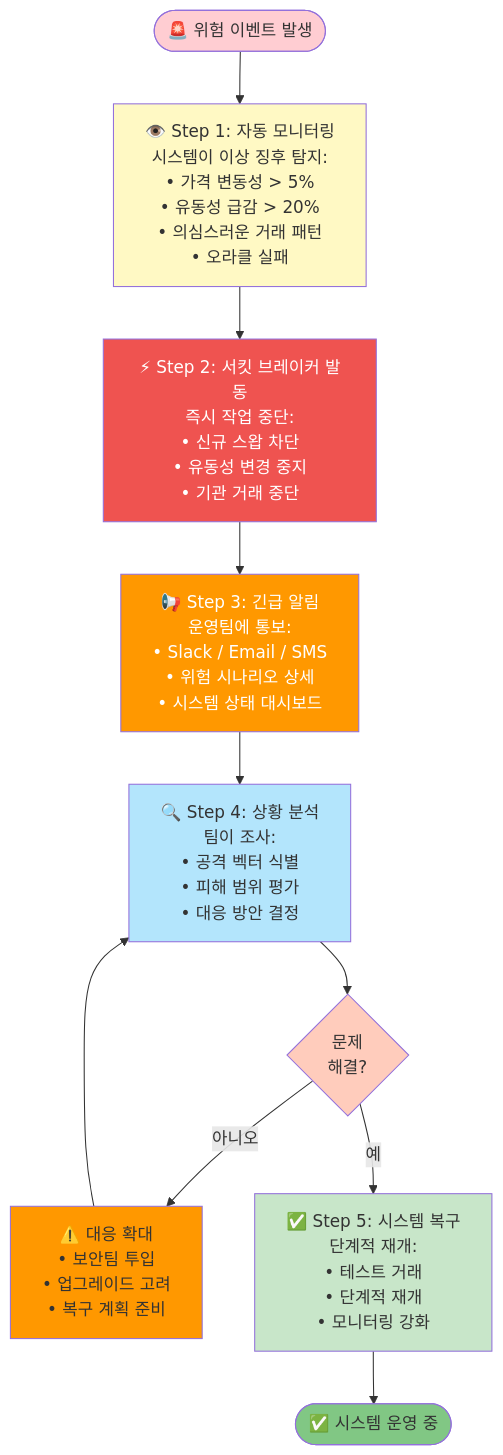
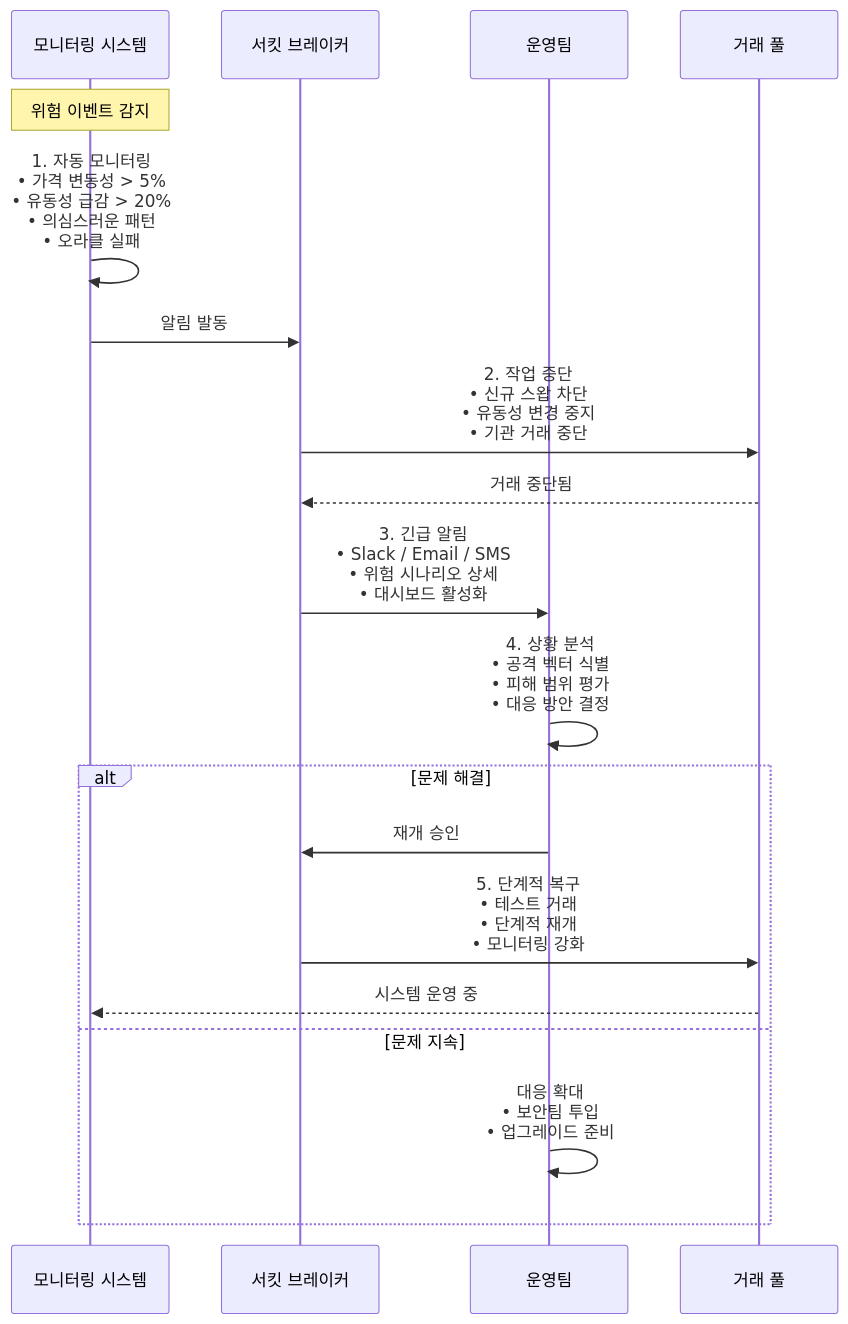
Before and after one commit to fbtopg/gurufin-docs: the second of 3 diagrams in gurudex/06_risk_mitigation_kr.md, drawn with Mermaid. The commit also changed other lines of this file and 18 other files, not shown here.

````diff
--- a/gurudex/06_risk_mitigation_kr.md
+++ b/gurudex/06_risk_mitigation_kr.md
@@ -267,42 +260,27 @@
 ```mermaid
-flowchart TD
-    Start([🚨 위험 이벤트 발생])
+sequenceDiagram
+    participant System as 모니터링 시스템
+    participant CB as 서킷 브레이커
+    participant Ops as 운영팀
+    participant Pool as 거래 풀
     
-    Start --> Monitor
+    Note over System: 위험 이벤트 감지
+    System->>System: 1. 자동 모니터링<br/>• 가격 변동성 > 5%<br/>• 유동성 급감 > 20%<br/>• 의심스러운 패턴<br/>• 오라클 실패
     
-    Monitor["👁️ Step 1: 자동 모니터링<br/>시스템이 이상 징후 탐지:<br/>• 가격 변동성 > 5%<br/>• 유동성 급감 > 20%<br/>• 의심스러운 거래 패턴<br/>• 오라클 실패"]
+    System->>CB: 알림 발동
     
-    Monitor --> Trigger
+    CB->>Pool: 2. 작업 중단<br/>• 신규 스왑 차단<br/>• 유동성 변경 중지<br/>• 기관 거래 중단
+    Pool-->>CB: 거래 중단됨
     
-    Trigger["⚡ Step 2: 서킷 브레이커 발동<br/>즉시 작업 중단:<br/>• 신규 스왑 차단<br/>• 유동성 변경 중지<br/>• 기관 거래 중단"]
+    CB->>Ops: 3. 긴급 알림<br/>• Slack / Email / SMS<br/>• 위험 시나리오 상세<br/>• 대시보드 활성화
     
-    Trigger --> Alert
+    Ops->>Ops: 4. 상황 분석<br/>• 공격 벡터 식별<br/>• 피해 범위 평가<br/>• 대응 방안 결정
     
-    Alert["📢 Step 3: 긴급 알림<br/>운영팀에 통보:<br/>• Slack / Email / SMS<br/>• 위험 시나리오 상세<br/>• 시스템 상태 대시보드"]
-    
-    Alert --> Analyze
-    
-    Analyze["🔍 Step 4: 상황 분석<br/>팀이 조사:<br/>• 공격 벡터 식별<br/>• 피해 범위 평가<br/>• 대응 방안 결정"]
-    
-    Analyze --> Decision{문제<br/>해결?}
-    
-    Decision -->|아니오| Escalate["⚠️ 대응 확대<br/>• 보안팀 투입<br/>• 업그레이드 고려<br/>• 복구 계획 준비"]
-    
-    Escalate --> Analyze
-    
-    Decision -->|예| Resume
-    
-    Resume["✅ Step 5: 시스템 복구<br/>단계적 재개:<br/>• 테스트 거래<br/>• 단계적 재개<br/>• 모니터링 강화"]
-    
-    Resume --> End([✅ 시스템 운영 중])
-    
-    style Start fill:#ffcdd2
-    style Monitor fill:#fff9c4
-    style Trigger fill:#ef5350,color:#fff
-    style Alert fill:#ff9800,color:#fff
-    style Analyze fill:#b3e5fc
-    style Decision fill:#ffccbc
-    style Escalate fill:#ff9800
-    style Resume fill:#c8e6c9
-    style End fill:#81c784
+    alt 문제 해결
+        Ops->>CB: 재개 승인
+        CB->>Pool: 5. 단계적 복구<br/>• 테스트 거래<br/>• 단계적 재개<br/>• 모니터링 강화
+        Pool-->>System: 시스템 운영 중
+    else 문제 지속
+        Ops->>Ops: 대응 확대<br/>• 보안팀 투입<br/>• 업그레이드 준비
+    end
 ```
````
